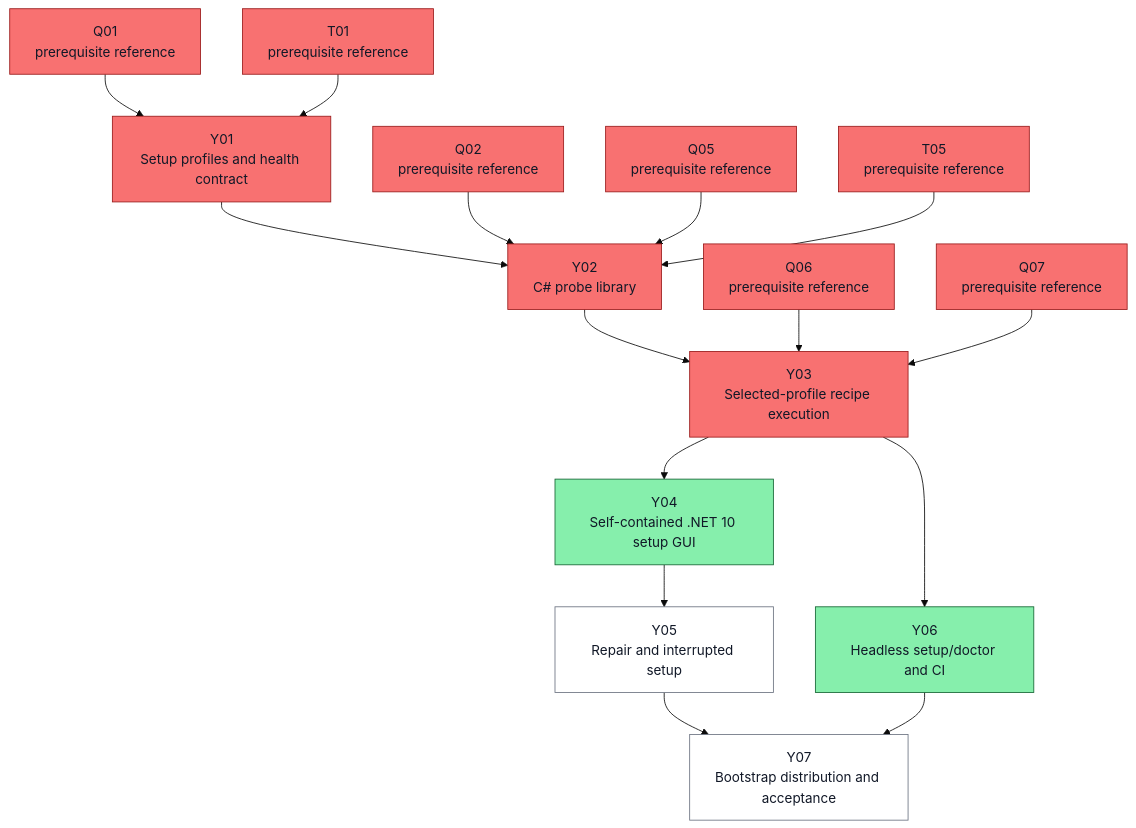
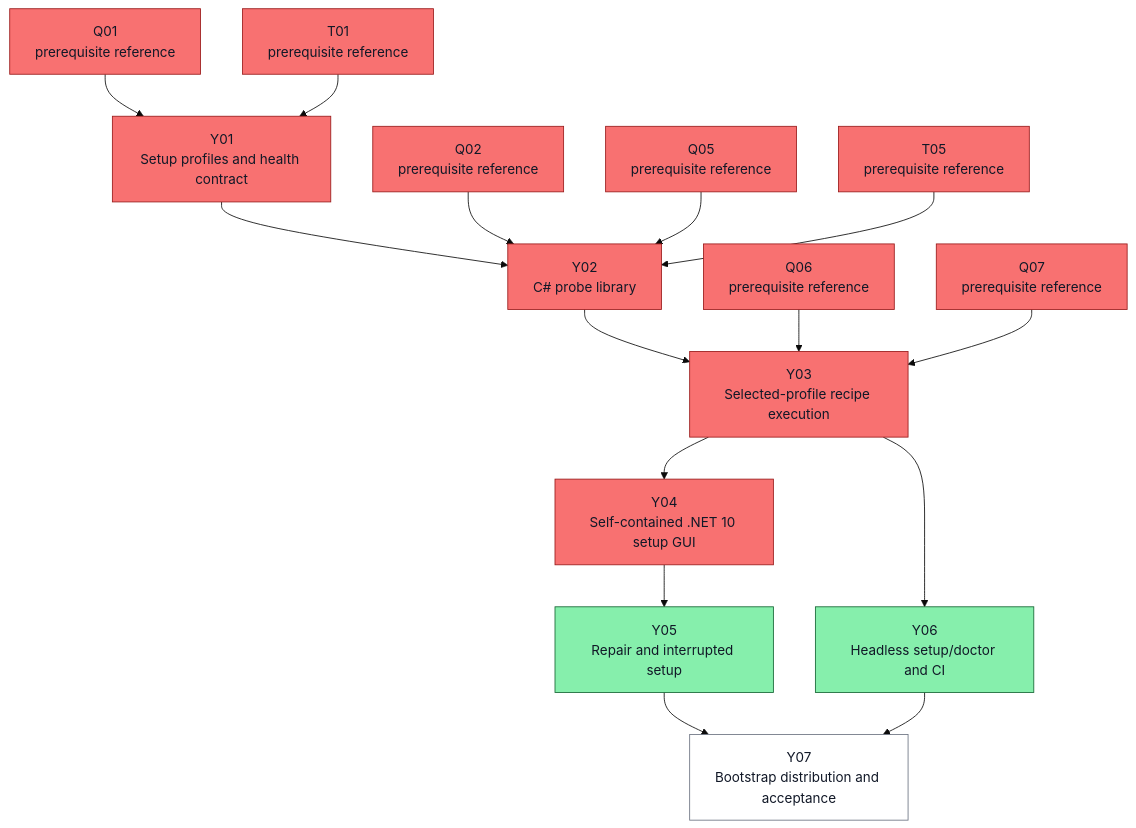
Diagram 25 of 25 in docs/task-dependencies.md (ocarizr/spaceraiders), drawn with Mermaid (base theme) before and after one commit. The commit also changed other lines of this file and 9 other files, not shown here.

Commit message:
feat(Y04): add self-contained Windows environment setup GUI

````diff
--- a/docs/task-dependencies.md
+++ b/docs/task-dependencies.md
@@ -1302,34 +1303,34 @@
 ```mermaid
 flowchart TD
     ref_Y_Q01["Q01<br/>prerequisite reference"]:::done
     ref_Y_Q02["Q02<br/>prerequisite reference"]:::done
     ref_Y_Q05["Q05<br/>prerequisite reference"]:::done
     ref_Y_Q06["Q06<br/>prerequisite reference"]:::done
     ref_Y_Q07["Q07<br/>prerequisite reference"]:::done
     ref_Y_T01["T01<br/>prerequisite reference"]:::done
     ref_Y_T05["T05<br/>prerequisite reference"]:::done
     Y01["Y01<br/>Setup profiles and health contract"]:::done
     Y02["Y02<br/>C# probe library"]:::done
     Y03["Y03<br/>Selected-profile recipe execution"]:::done
-    Y04["Y04<br/>Self-contained .NET 10 setup GUI"]:::ready
-    Y05["Y05<br/>Repair and interrupted setup"]:::pending
+    Y04["Y04<br/>Self-contained .NET 10 setup GUI"]:::done
+    Y05["Y05<br/>Repair and interrupted setup"]:::ready
     Y06["Y06<br/>Headless setup/doctor and CI"]:::ready
     Y07["Y07<br/>Bootstrap distribution and acceptance"]:::pending
     ref_Y_Q01 --> Y01
     ref_Y_T01 --> Y01
     Y01 --> Y02
     ref_Y_Q02 --> Y02
     ref_Y_Q05 --> Y02
     ref_Y_T05 --> Y02
     Y02 --> Y03
     ref_Y_Q06 --> Y03
     ref_Y_Q07 --> Y03
     Y03 --> Y04
     Y04 --> Y05
     Y03 --> Y06
     Y05 --> Y07
     Y06 --> Y07
     classDef pending fill:#ffffff,stroke:#6b7280,color:#111827
     classDef ready fill:#86efac,stroke:#166534,color:#111827
     classDef done fill:#f87171,stroke:#991b1b,color:#111827
 ```
````
